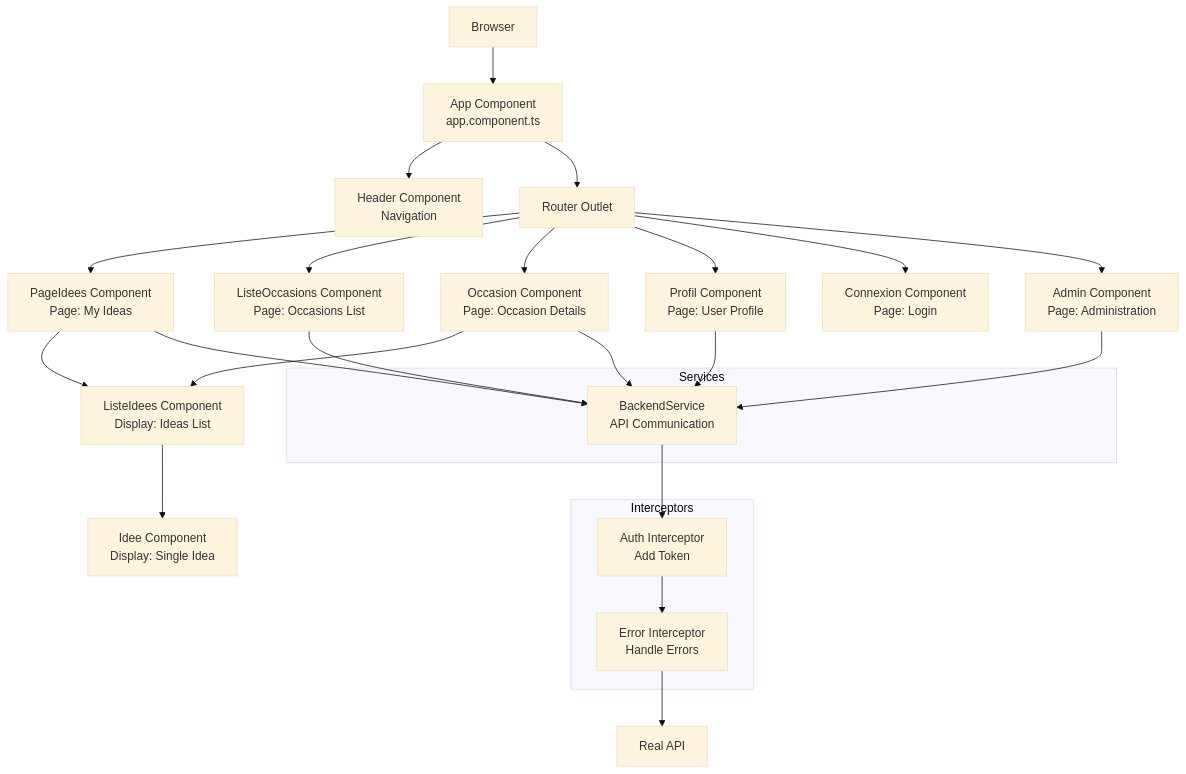
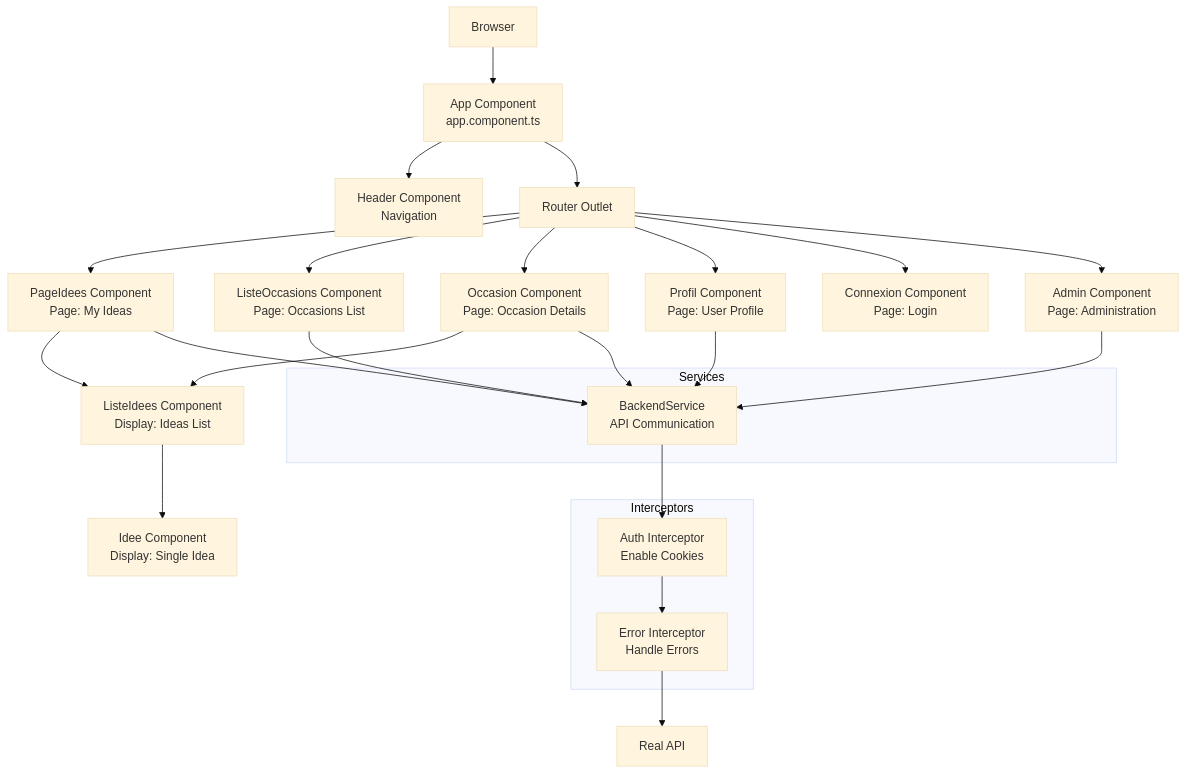
The diagram in docs/frontend-dev.md (mleguen/tkdo), drawn with Mermaid (base theme) before and after one commit. The commit also changed other lines of this file and 2 other files, not shown here.

Commit message:
fix(docs): correct AuthBackendInterceptor descriptions in README and frontend-dev guide
Address 2 code review findings from PR #97: fix interceptor description
in docs/README.md (remove "development mocking" reference) and correct
AuthBackendInterceptor behavior in docs/frontend-dev.md (enables cookies,
not tokens).

````diff
--- a/docs/frontend-dev.md
+++ b/docs/frontend-dev.md
@@ -57,37 +57,37 @@
 ```mermaid
 graph TB
     Browser[Browser] --> AppComp[App Component<br/>app.component.ts]
     AppComp --> Header[Header Component<br/>Navigation]
     AppComp --> Router[Router Outlet]
 
     Router --> PageIdees[PageIdees Component<br/>Page: My Ideas]
     Router --> ListeOccasions[ListeOccasions Component<br/>Page: Occasions List]
     Router --> Occasion[Occasion Component<br/>Page: Occasion Details]
     Router --> Profil[Profil Component<br/>Page: User Profile]
     Router --> Connexion[Connexion Component<br/>Page: Login]
     Router --> Admin[Admin Component<br/>Page: Administration]
 
     PageIdees --> ListeIdees[ListeIdees Component<br/>Display: Ideas List]
     ListeIdees --> Idee[Idee Component<br/>Display: Single Idea]
 
     Occasion --> ListeIdees
 
     subgraph Services
         BackendService[BackendService<br/>API Communication]
     end
 
     subgraph Interceptors
-        AuthInterceptor[Auth Interceptor<br/>Add Token]
+        AuthInterceptor[Auth Interceptor<br/>Enable Cookies]
         ErrorInterceptor[Error Interceptor<br/>Handle Errors]
     end
 
     PageIdees --> BackendService
     ListeOccasions --> BackendService
     Occasion --> BackendService
     Profil --> BackendService
     Admin --> BackendService
 
     BackendService --> AuthInterceptor
     AuthInterceptor --> ErrorInterceptor
     ErrorInterceptor --> API[Real API]
 ```
````
